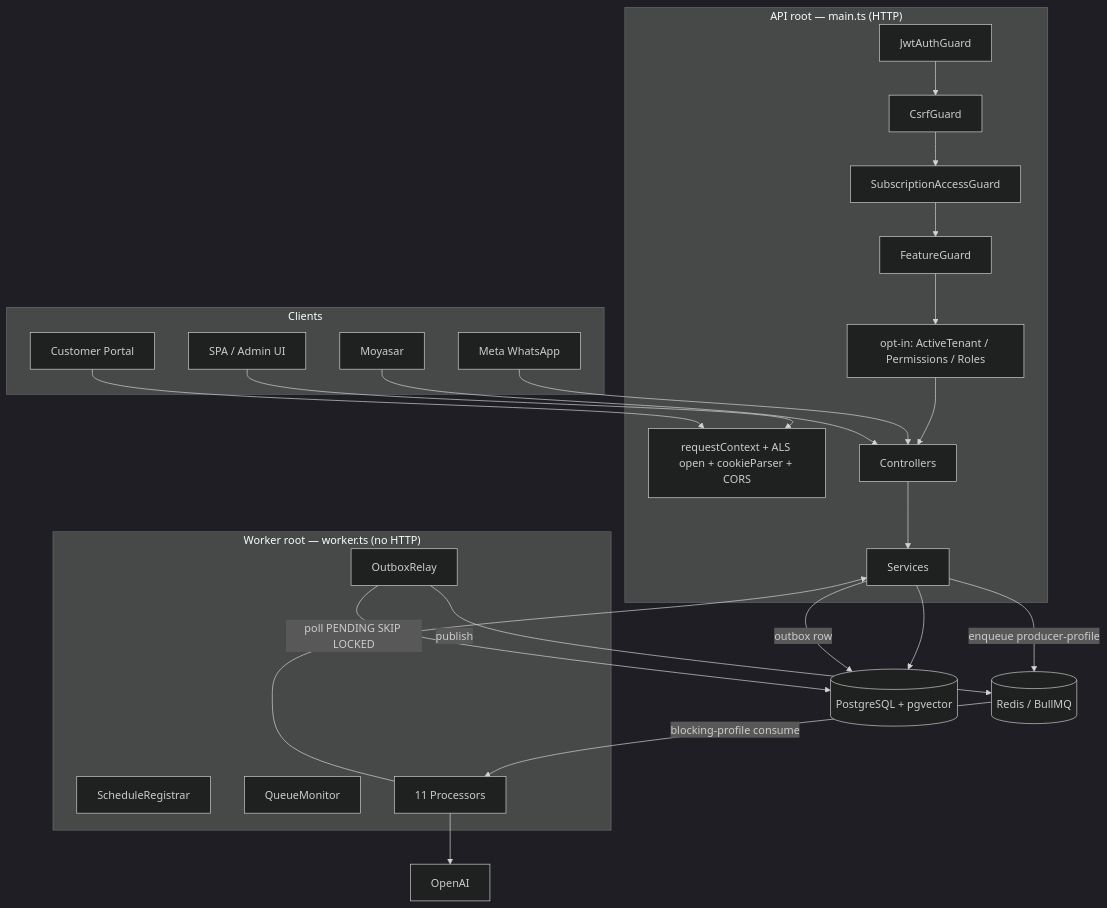
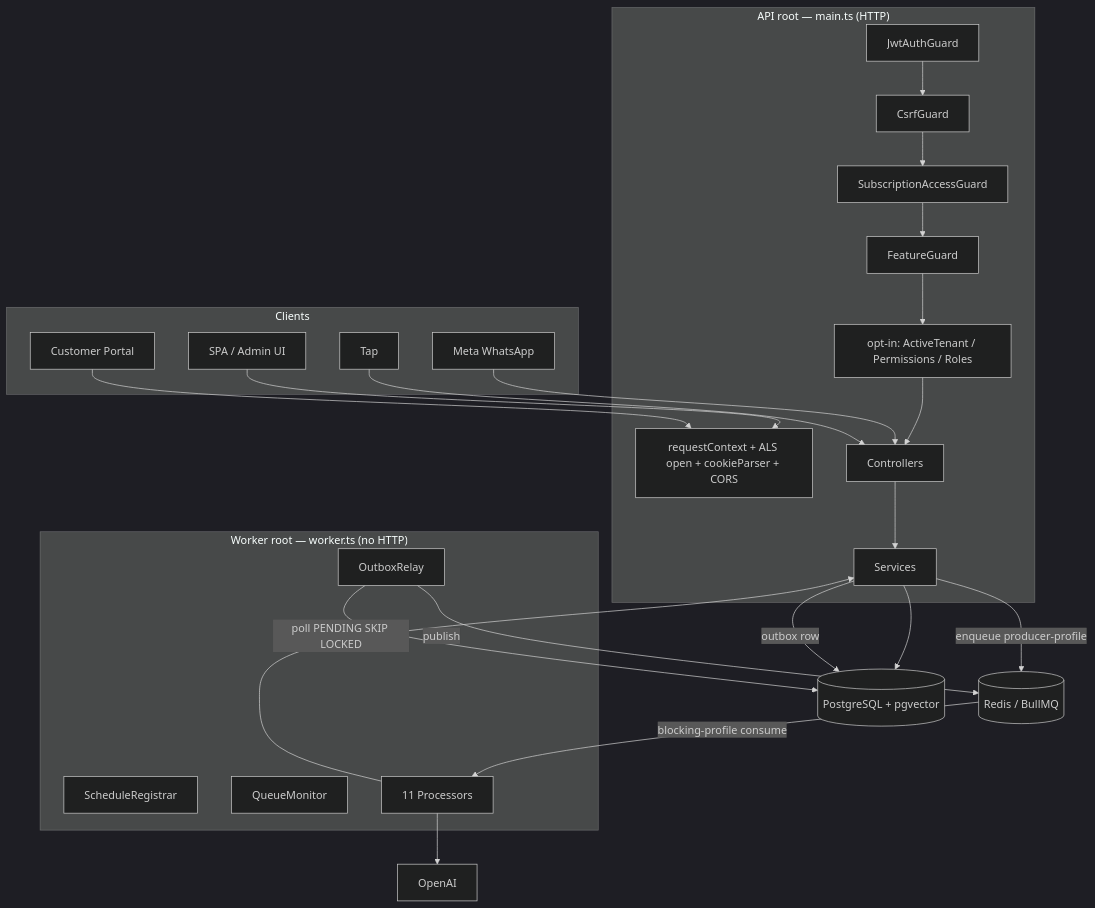
The first of 4 diagrams in docs/ARCHITECTURE.md (muhamedhalim/Ziyarati-back), drawn with Mermaid (dark theme) before and after one commit. The commit also changed other lines of this file and 99 other files, not shown here.

````diff
--- a/docs/ARCHITECTURE.md
+++ b/docs/ARCHITECTURE.md
@@ -192,40 +192,40 @@
 ```mermaid
 graph TB
   subgraph Clients
     SPA[SPA / Admin UI]
     PORTAL[Customer Portal]
     META[Meta WhatsApp]
-    MOY[Moyasar]
+    TAP[Tap]
   end
 
   subgraph API["API root — main.ts (HTTP)"]
     MW[requestContext + ALS open + cookieParser + CORS]
     G1[JwtAuthGuard] --> G2[CsrfGuard] --> G3[SubscriptionAccessGuard] --> G4[FeatureGuard]
     G4 --> OPT[opt-in: ActiveTenant / Permissions / Roles]
     OPT --> CTRL[Controllers] --> SVC[Services]
   end
 
   subgraph Worker["Worker root — worker.ts (no HTTP)"]
     SR[ScheduleRegistrar]
     OR[OutboxRelay]
     QM[QueueMonitor]
     PROCS[11 Processors]
   end
 
   DB[(PostgreSQL + pgvector)]
   REDIS[(Redis / BullMQ)]
   OAI[OpenAI]
 
   SPA --> MW
   PORTAL --> MW
   META --> CTRL
-  MOY --> CTRL
+  TAP --> CTRL
   SVC --> DB
   SVC -->|enqueue producer-profile| REDIS
   SVC -->|outbox row| DB
   REDIS -->|blocking-profile consume| PROCS
   OR -->|poll PENDING SKIP LOCKED| DB
   OR -->|publish| REDIS
   PROCS --> SVC
   PROCS --> OAI
 ```
````
